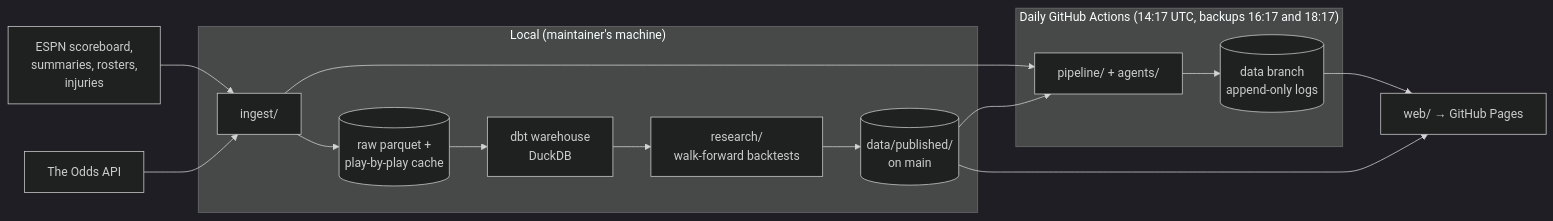
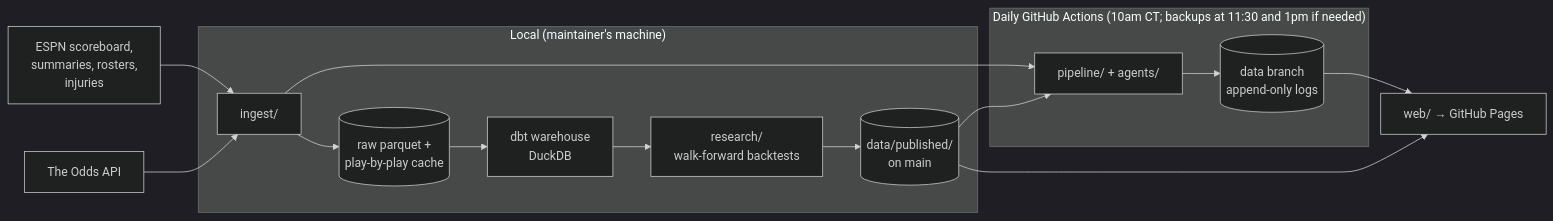
Before and after one commit to garettprestholdt/nba-forecast: the diagram in docs/architecture.md, drawn with Mermaid (dark theme). The commit also changed other lines of this file and 379 other files, not shown here.

````diff
--- a/docs/architecture.md
+++ b/docs/architecture.md
@@ -8,18 +8,18 @@
 ```mermaid
 flowchart LR
   ESPN[ESPN scoreboard,<br/>summaries, rosters,<br/>injuries] --> ingest
   Odds[The Odds API] --> ingest
   subgraph local["Local (maintainer's machine)"]
     ingest[ingest/] --> raw[(raw parquet +<br/>play-by-play cache)]
     raw --> dbt[dbt warehouse<br/>DuckDB]
     dbt --> research[research/<br/>walk-forward backtests]
     research --> published[(data/published/<br/>on main)]
   end
-  subgraph daily["Daily GitHub Actions (14:17 UTC, backups 16:17 and 18:17)"]
+  subgraph daily["Daily GitHub Actions (10am CT; backups at 11:30 and 1pm if needed)"]
     pipeline[pipeline/ + agents/] --> databranch[(data branch<br/>append-only logs)]
   end
   ingest --> pipeline
   published --> pipeline
   databranch --> web[web/ → GitHub Pages]
   published --> web
 ```
````
